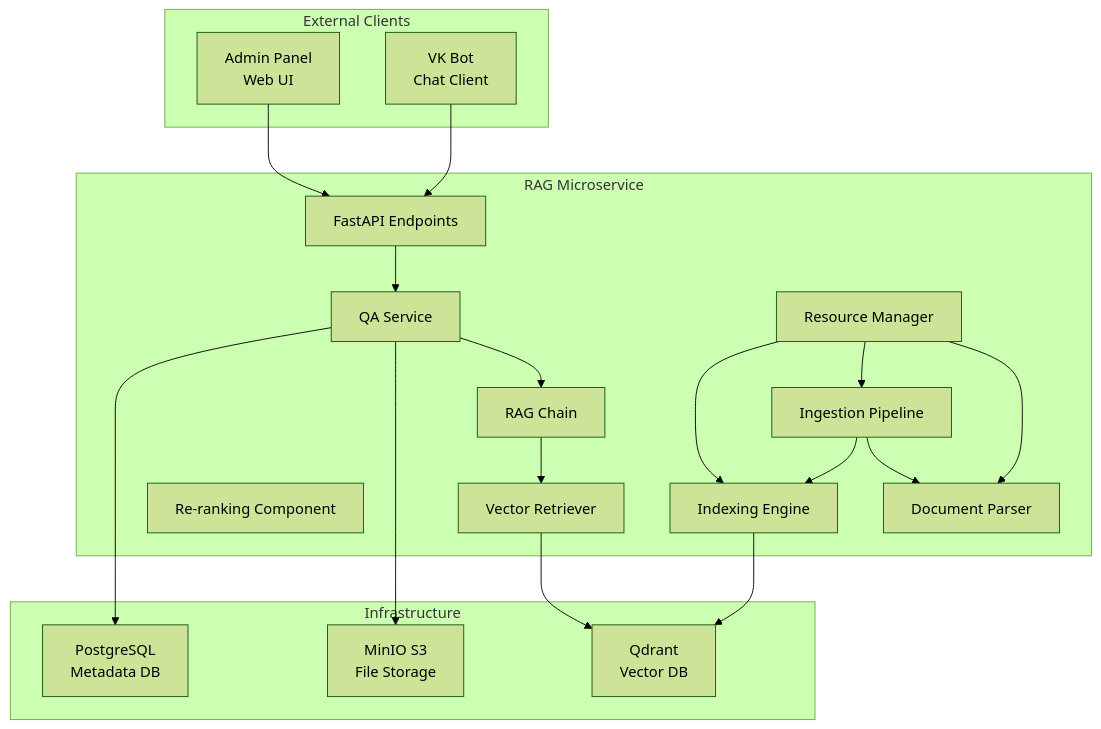
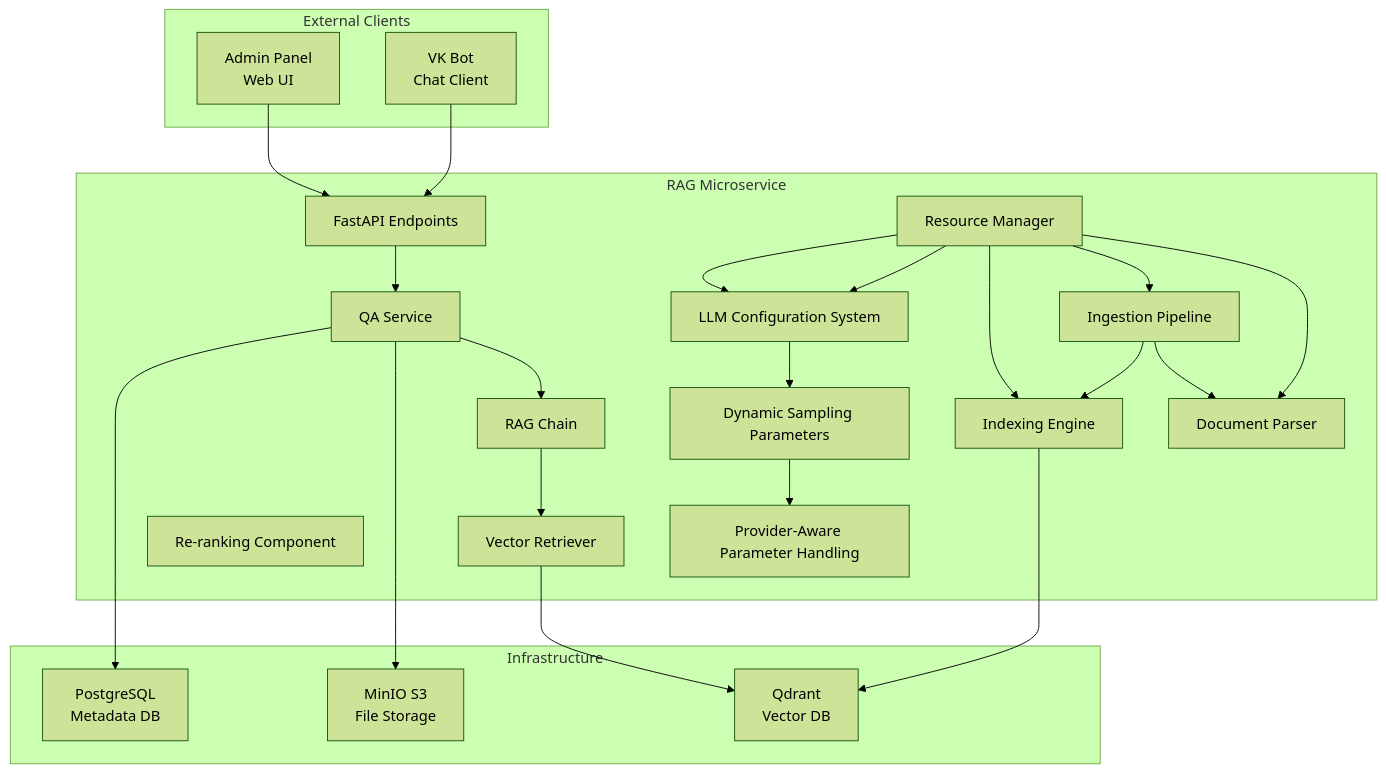
One commit to ognelis/cafetera_hr_bot changed the second of 15 diagrams in .qoder/repowiki/en/content/API Reference/RAG Microservice Architecture.md. Above: the diagram before and after it, drawn with Mermaid (forest theme). The commit also changed other lines of this file and 9 other files, not shown here.

````diff
--- a/.qoder/repowiki/en/content/API Reference/RAG Microservice Architecture.md
+++ b/.qoder/repowiki/en/content/API Reference/RAG Microservice Architecture.md
@@ -128,37 +126,44 @@
 ```mermaid
 graph TB
 subgraph "External Clients"
 ADMIN_UI["Admin Panel<br/>Web UI"]
 VK_CLIENT["VK Bot<br/>Chat Client"]
 end
 subgraph "RAG Microservice"
 API["FastAPI Endpoints"]
 QA["QA Service"]
 RAG_CHAIN["RAG Chain"]
 RETRIEVER["Vector Retriever"]
 RERANKER["Re-ranking Component"]
 RESOURCES["Resource Manager"]
 PARSER["Document Parser"]
 INGEST["Ingestion Pipeline"]
 INDEX["Indexing Engine"]
+LLM_CONFIG["LLM Configuration System"]
+SAMPLING_PARAMS["Dynamic Sampling Parameters"]
+PROVIDER_AWARE["Provider-Aware Parameter Handling"]
 end
 subgraph "Infrastructure"
 QDRANT["Qdrant<br/>Vector DB"]
 S3["MinIO S3<br/>File Storage"]
 DB["PostgreSQL<br/>Metadata DB"]
 end
 ADMIN_UI --> API
 VK_CLIENT --> API
 API --> QA
 QA --> RAG_CHAIN
 RAG_CHAIN --> RETRIEVER
 RETRIEVER --> QDRANT
 QA --> S3
 QA --> DB
 RESOURCES --> PARSER
 RESOURCES --> INGEST
 RESOURCES --> INDEX
+RESOURCES --> LLM_CONFIG
+LLM_CONFIG --> SAMPLING_PARAMS
+SAMPLING_PARAMS --> PROVIDER_AWARE
+RESOURCES --> LLM_CONFIG
 INGEST --> PARSER
 INGEST --> INDEX
 INDEX --> QDRANT
 ```
````
